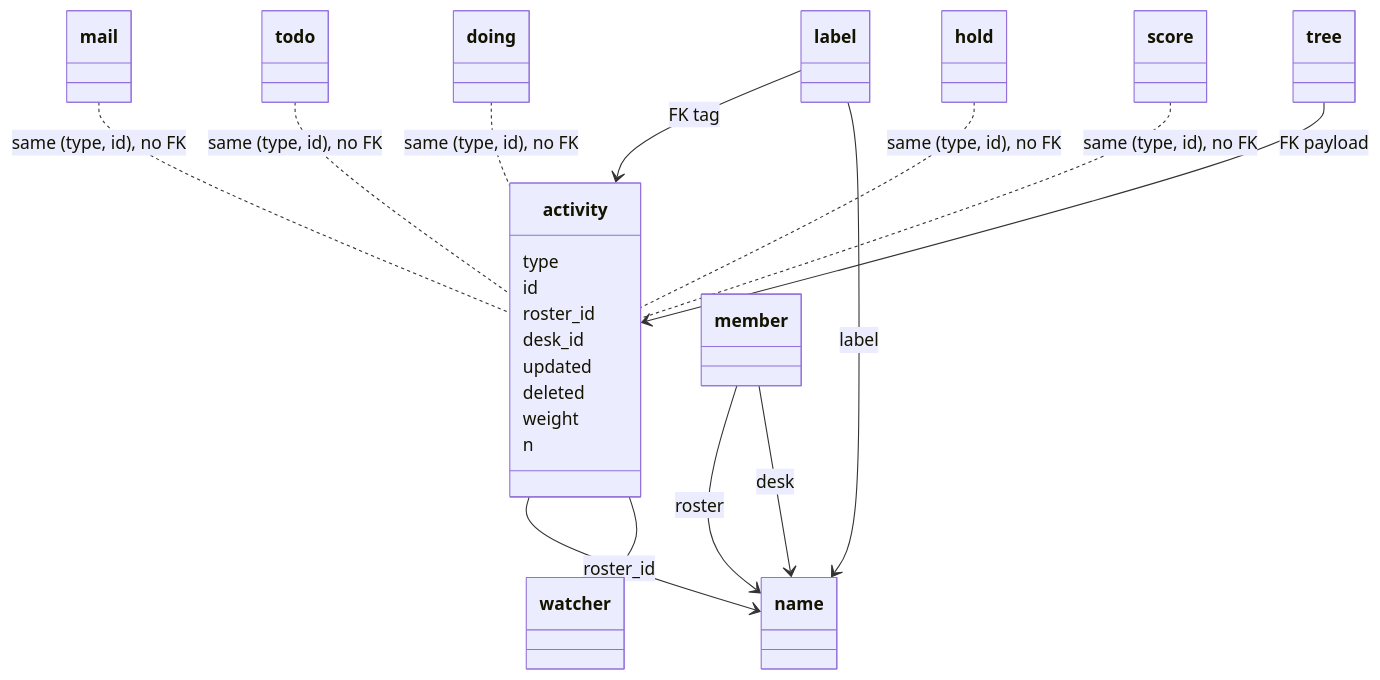
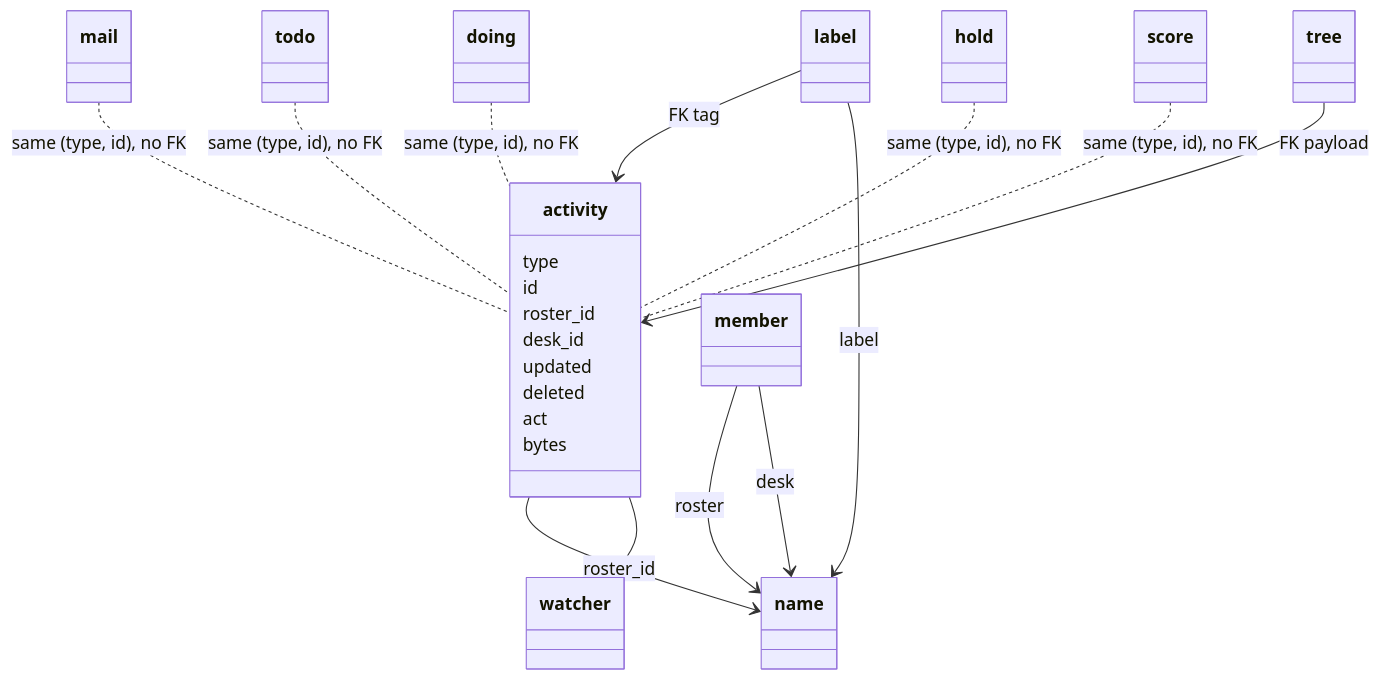
The diagram in docs/protocol/records.md (si4ai/the-mill), drawn with Mermaid before and after one commit. The commit also changed other lines of this file and 15 other files, not shown here.

````diff
--- a/docs/protocol/records.md
+++ b/docs/protocol/records.md
@@ -47,25 +41,25 @@
 ```mermaid
 classDiagram
   class activity {
     type
     id
     roster_id
     desk_id
     updated
     deleted
-    weight
-    n
+    act
+    bytes
   }
   mail .. activity : same (type, id), no FK
   todo .. activity : same (type, id), no FK
   doing .. activity : same (type, id), no FK
   hold .. activity : same (type, id), no FK
   score .. activity : same (type, id), no FK
   tree --> activity : FK payload
   label --> activity : FK tag
   activity --> name : roster_id
   activity --> watcher
   label --> name : label
   member --> name : roster
   member --> name : desk
 ```
````
